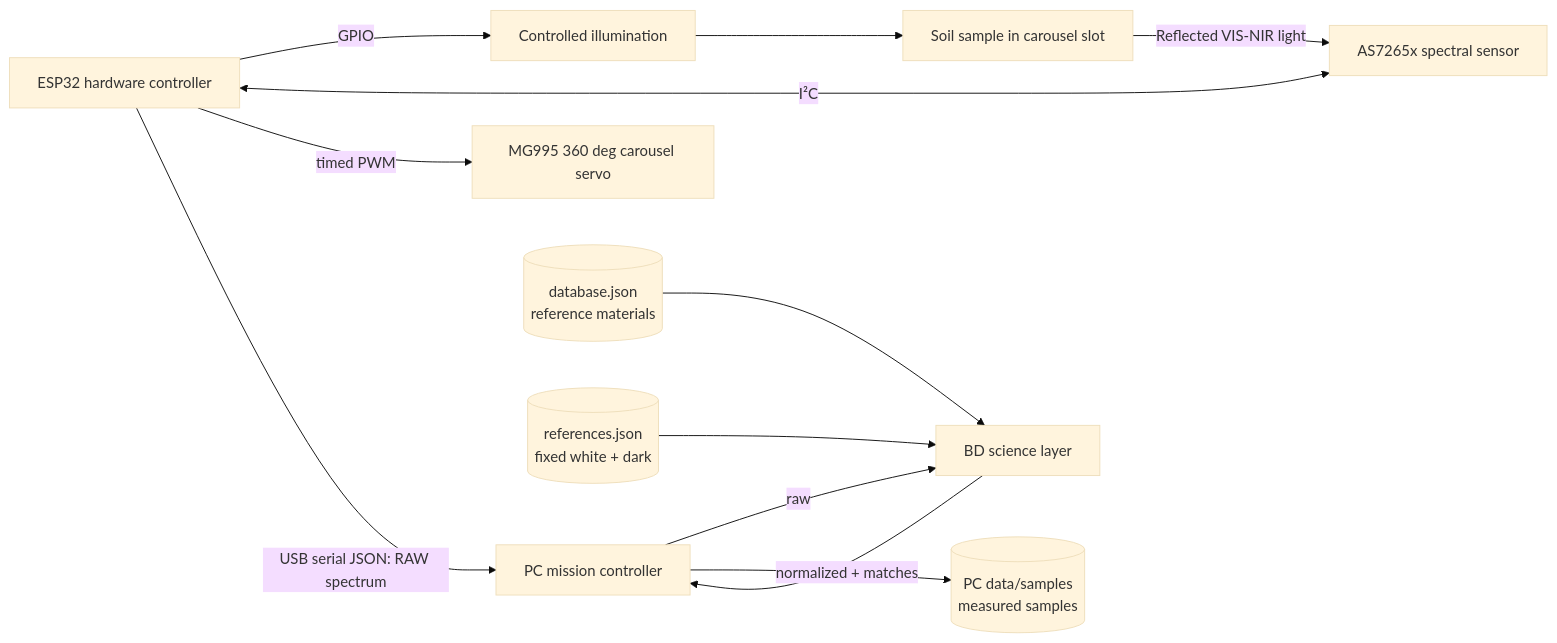
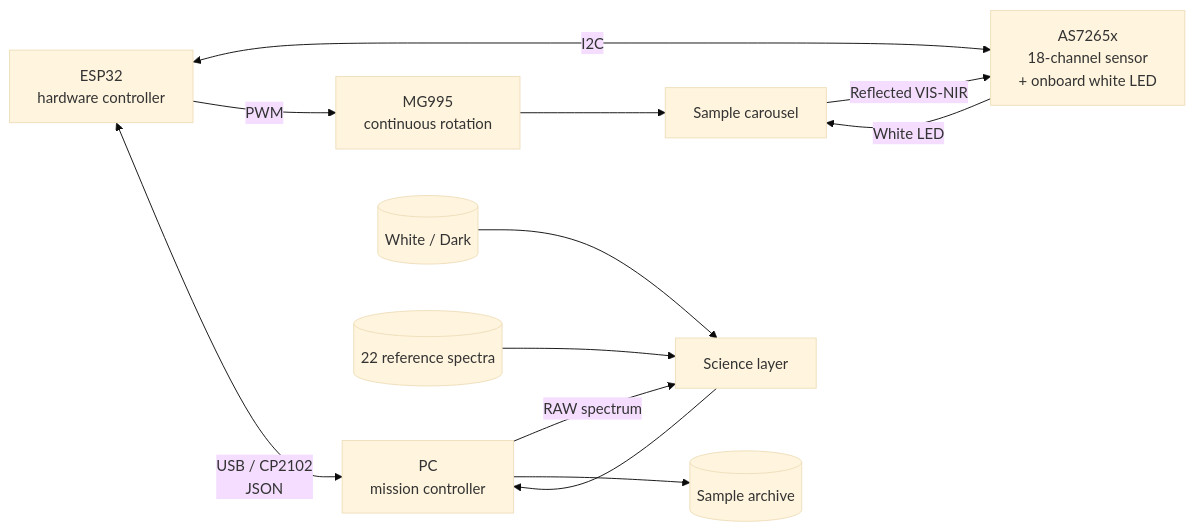
Before and after one commit to BrnoMarsRover/as7265x-soil-analysis-module: the diagram in README.md, drawn with Mermaid (base theme). The commit also changed other lines of this file, not shown here.

````diff
--- a/README.md
+++ b/README.md
@@ -73,25 +42,28 @@
 ```mermaid
 flowchart LR
-    SAMPLE[Soil sample in carousel slot]
-    LIGHT[Controlled illumination]
-    SENSOR[AS7265x spectral sensor]
-    ESP[ESP32 hardware controller]
-    SERVO[MG995 360 deg carousel servo]
-    PC[PC mission controller]
-    BD[BD science layer]
-    DATABASE[(database.json<br/>reference materials)]
-    REFS[(references.json<br/>fixed white + dark)]
-    STORE[(PC data/samples<br/>measured samples)]
+    SAMPLE[Sample carousel]
+    SENSOR[AS7265x<br/>18-channel sensor<br/>+ onboard white LED]
+    ESP[ESP32<br/>hardware controller]
+    SERVO[MG995<br/>continuous rotation]
+    PC[PC<br/>mission controller]
+    BD[Science layer]
+    REFS[(White / Dark)]
+    DB[(22 reference spectra)]
+    STORE[(Sample archive)]
 
-    ESP -->|GPIO| LIGHT
-    LIGHT --> SAMPLE
-    SAMPLE -->|Reflected VIS-NIR light| SENSOR
-    ESP <-->|I²C| SENSOR
-    ESP -->|timed PWM| SERVO
-    ESP -->|USB serial JSON: RAW spectrum| PC
-    PC -->|raw| BD
-    DATABASE --> BD
+    ESP <-->|I2C| SENSOR
+    SENSOR -->|White LED| SAMPLE
+    SAMPLE -->|Reflected VIS-NIR| SENSOR
+
+    ESP -->|PWM| SERVO
+    SERVO --> SAMPLE
+
+    ESP <-->|USB / CP2102<br/>JSON| PC
+    PC -->|RAW spectrum| BD
+
     REFS --> BD
-    BD -->|normalized + matches| PC
+    DB --> BD
+
+    BD --> PC
     PC --> STORE
 ```
````
